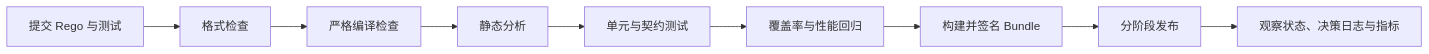
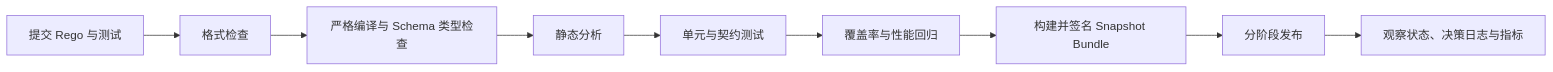
The third of 6 diagrams in Note/OpenPolicyAgent笔记/OpenPolicyAgent.md (pvisanhash/toStudyCode), drawn with Mermaid before and after one commit. The commit also changed other lines of this file and 1 other file, not shown here.

````diff
--- a/Note/OpenPolicyAgent笔记/OpenPolicyAgent.md
+++ b/Note/OpenPolicyAgent笔记/OpenPolicyAgent.md
@@ -418,11 +479,11 @@
 ```mermaid
 flowchart LR
     A["提交 Rego 与测试"] --> B["格式检查"]
-    B --> C["严格编译检查"]
+    B --> C["严格编译与 Schema 类型检查"]
     C --> D["静态分析"]
     D --> E["单元与契约测试"]
     E --> F["覆盖率与性能回归"]
-    F --> G["构建并签名 Bundle"]
+    F --> G["构建并签名 Snapshot Bundle"]
     G --> H["分阶段发布"]
     H --> I["观察状态、决策日志与指标"]
 ```
````
